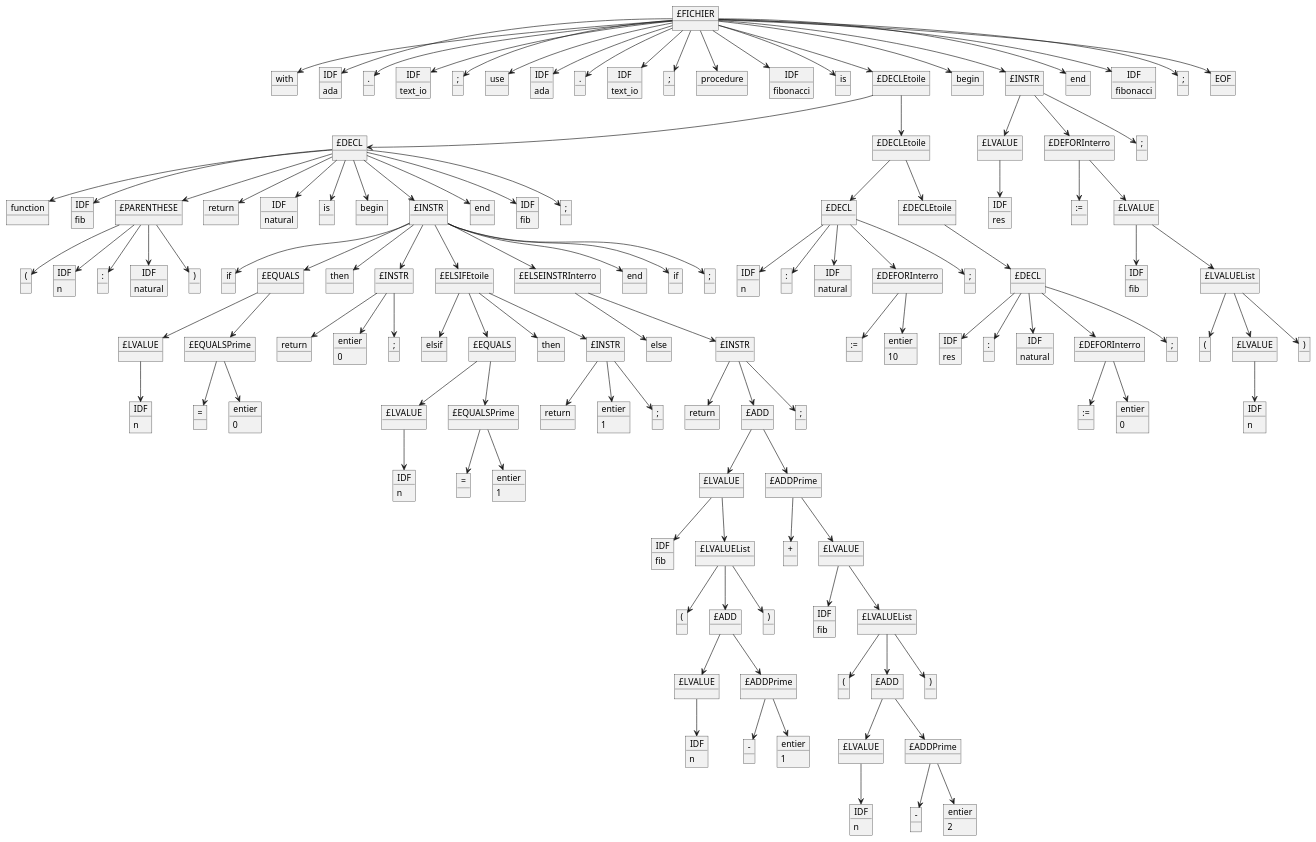
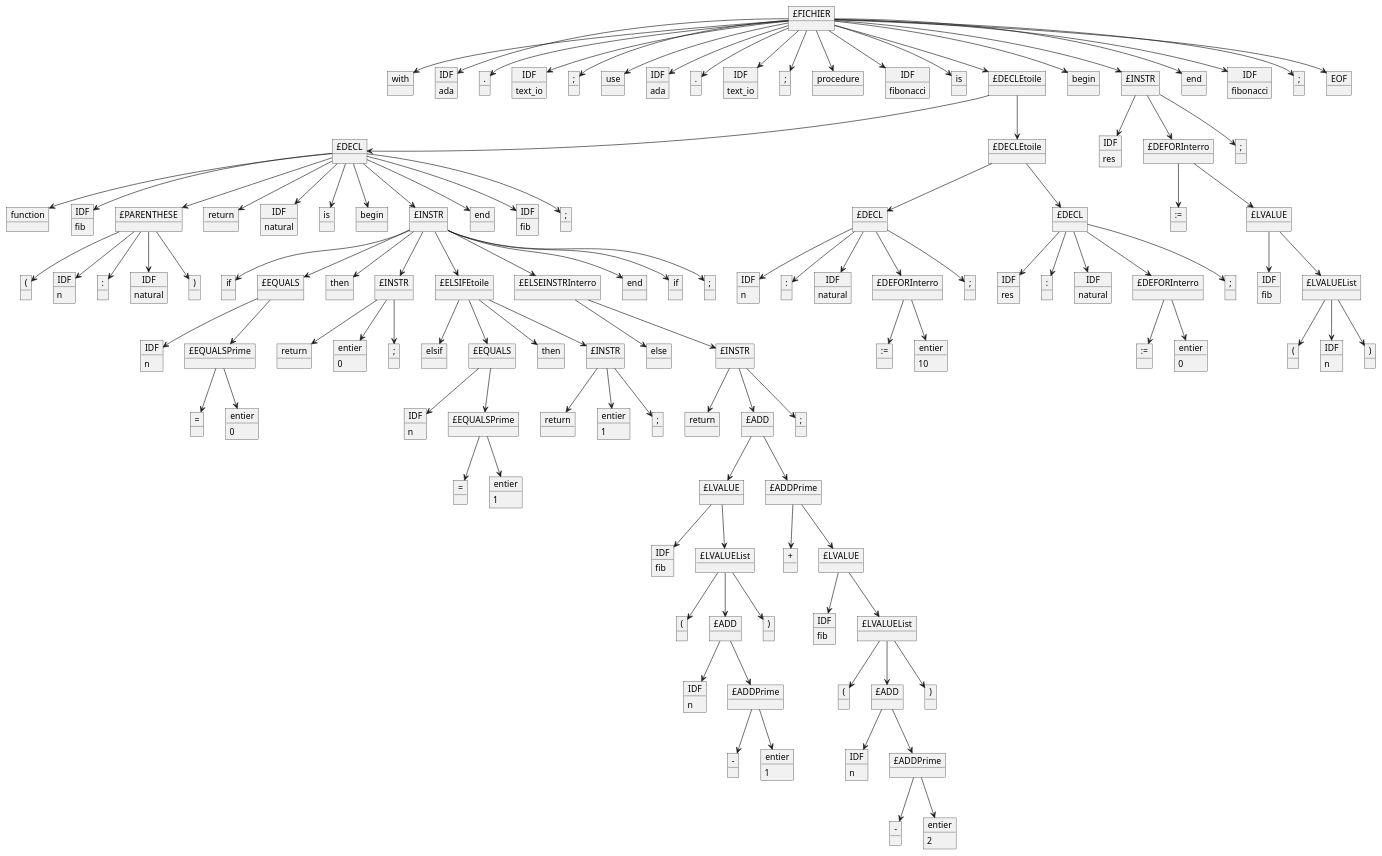
The diagram in Programmes/Fonctionne/fibonaccii.adb.puml (LeBoufty/pcl), drawn with PlantUML before and after one commit. The commit also changed 1 other file, not shown here.

```diff
--- a/Programmes/Fonctionne/fibonaccii.adb.puml
+++ b/Programmes/Fonctionne/fibonaccii.adb.puml
@@ -28,7 +28,8 @@
 object "EOF" as 21
 object "£DECL" as 22
 object "£DECLEtoile" as 23
-object "£LVALUE" as 24
+object "IDF" as 24
+24 : res
 object "£DEFORInterro" as 25
 object ";" as 26
 object "function" as 27
@@ -46,117 +47,109 @@
 36 : fib
 object ";" as 37
 object "£DECL" as 38
-object "£DECLEtoile" as 39
-object "IDF" as 40
-40 : res
-object ":=" as 41
-object "£LVALUE" as 42
-object "(" as 43
-object "IDF" as 44
-44 : n
-object ":" as 45
-object "IDF" as 46
-46 : natural
-object ")" as 47
-object "if" as 48
-object "£EQUALS" as 49
-object "then" as 50
-object "£INSTR" as 51
-object "£ELSIFEtoile" as 52
-object "£ELSEINSTRInterro" as 53
-object "end" as 54
-object "if" as 55
-object ";" as 56
-object "IDF" as 57
-57 : n
-object ":" as 58
-object "IDF" as 59
-59 : natural
-object "£DEFORInterro" as 60
-object ";" as 61
-object "£DECL" as 62
+object "£DECL" as 39
+object ":=" as 40
+object "£LVALUE" as 41
+object "(" as 42
+object "IDF" as 43
+43 : n
+object ":" as 44
+object "IDF" as 45
+45 : natural
+object ")" as 46
+object "if" as 47
+object "£EQUALS" as 48
+object "then" as 49
+object "£INSTR" as 50
+object "£ELSIFEtoile" as 51
+object "£ELSEINSTRInterro" as 52
+object "end" as 53
+object "if" as 54
+object ";" as 55
+object "IDF" as 56
+56 : n
+object ":" as 57
+object "IDF" as 58
+58 : natural
+object "£DEFORInterro" as 59
+object ";" as 60
+object "IDF" as 61
+61 : res
+object ":" as 62
 object "IDF" as 63
-63 : fib
-object "£LVALUEList" as 64
-object "£LVALUE" as 65
-object "£EQUALSPrime" as 66
-object "return" as 67
-object "entier" as 68
-68 : 0
-object ";" as 69
-object "elsif" as 70
-object "£EQUALS" as 71
-object "then" as 72
-object "£INSTR" as 73
-object "else" as 74
-object "£INSTR" as 75
-object ":=" as 76
-object "entier" as 77
-77 : 10
-object "IDF" as 78
-78 : res
-object ":" as 79
-object "IDF" as 80
-80 : natural
-object "£DEFORInterro" as 81
-object ";" as 82
+63 : natural
+object "£DEFORInterro" as 64
+object ";" as 65
+object "IDF" as 66
+66 : fib
+object "£LVALUEList" as 67
+object "IDF" as 68
+68 : n
+object "£EQUALSPrime" as 69
+object "return" as 70
+object "entier" as 71
+71 : 0
+object ";" as 72
+object "elsif" as 73
+object "£EQUALS" as 74
+object "then" as 75
+object "£INSTR" as 76
+object "else" as 77
+object "£INSTR" as 78
+object ":=" as 79
+object "entier" as 80
+80 : 10
+object ":=" as 81
+object "entier" as 82
+82 : 0
 object "(" as 83
-object "£LVALUE" as 84
+object "IDF" as 84
+84 : n
 object ")" as 85
-object "IDF" as 86
-86 : n
-object "=" as 87
-object "entier" as 88
-88 : 0
-object "£LVALUE" as 89
-object "£EQUALSPrime" as 90
-object "return" as 91
-object "entier" as 92
-92 : 1
-object ";" as 93
-object "return" as 94
-object "£ADD" as 95
-object ";" as 96
-object ":=" as 97
-object "entier" as 98
-98 : 0
-object "IDF" as 99
-99 : n
+object "=" as 86
+object "entier" as 87
+87 : 0
+object "IDF" as 88
+88 : n
+object "£EQUALSPrime" as 89
+object "return" as 90
+object "entier" as 91
+91 : 1
+object ";" as 92
+object "return" as 93
+object "£ADD" as 94
+object ";" as 95
+object "=" as 96
+object "entier" as 97
+97 : 1
+object "£LVALUE" as 98
+object "£ADDPrime" as 99
 object "IDF" as 100
-100 : n
-object "=" as 101
-object "entier" as 102
-102 : 1
+100 : fib
+object "£LVALUEList" as 101
+object "+" as 102
 object "£LVALUE" as 103
-object "£ADDPrime" as 104
-object "IDF" as 105
-105 : fib
-object "£LVALUEList" as 106
-object "+" as 107
-object "£LVALUE" as 108
-object "(" as 109
-object "£ADD" as 110
-object ")" as 111
-object "IDF" as 112
-112 : fib
-object "£LVALUEList" as 113
-object "£LVALUE" as 114
-object "£ADDPrime" as 115
-object "(" as 116
-object "£ADD" as 117
-object ")" as 118
-object "IDF" as 119
-119 : n
-object "-" as 120
-object "entier" as 121
-121 : 1
-object "£LVALUE" as 122
-object "£ADDPrime" as 123
-object "IDF" as 124
-124 : n
-object "-" as 125
-object "entier" as 126
-126 : 2
+object "(" as 104
+object "£ADD" as 105
+object ")" as 106
+object "IDF" as 107
+107 : fib
+object "£LVALUEList" as 108
+object "IDF" as 109
+109 : n
+object "£ADDPrime" as 110
+object "(" as 111
+object "£ADD" as 112
+object ")" as 113
+object "-" as 114
+object "entier" as 115
+115 : 1
+object "IDF" as 116
+116 : n
+object "£ADDPrime" as 117
+object "-" as 118
+object "entier" as 119
+119 : 2
 1 -down-> 2
 1 -down-> 3
 1 -down-> 4
@@ -195,14 +188,14 @@
 22 -down-> 37
 23 -down-> 38
 23 -down-> 39
-24 -down-> 40
+25 -down-> 40
 25 -down-> 41
-25 -down-> 42
+29 -down-> 42
 29 -down-> 43
 29 -down-> 44
 29 -down-> 45
 29 -down-> 46
-29 -down-> 47
+34 -down-> 47
 34 -down-> 48
 34 -down-> 49
 34 -down-> 50
@@ -211,75 +204,68 @@
 34 -down-> 53
 34 -down-> 54
 34 -down-> 55
-34 -down-> 56
+38 -down-> 56
 38 -down-> 57
 38 -down-> 58
 38 -down-> 59
 38 -down-> 60
-38 -down-> 61
+39 -down-> 61
 39 -down-> 62
-42 -down-> 63
-42 -down-> 64
-49 -down-> 65
-49 -down-> 66
-51 -down-> 67
-51 -down-> 68
-51 -down-> 69
-52 -down-> 70
-52 -down-> 71
-52 -down-> 72
-52 -down-> 73
-53 -down-> 74
-53 -down-> 75
-60 -down-> 76
-60 -down-> 77
-62 -down-> 78
-62 -down-> 79
-62 -down-> 80
-62 -down-> 81
-62 -down-> 82
-64 -down-> 83
-64 -down-> 84
-64 -down-> 85
-65 -down-> 86
-66 -down-> 87
-66 -down-> 88
-71 -down-> 89
-71 -down-> 90
-73 -down-> 91
-73 -down-> 92
-73 -down-> 93
-75 -down-> 94
-75 -down-> 95
-75 -down-> 96
-81 -down-> 97
-81 -down-> 98
-84 -down-> 99
-89 -down-> 100
-90 -down-> 101
-90 -down-> 102
-95 -down-> 103
-95 -down-> 104
-103 -down-> 105
-103 -down-> 106
-104 -down-> 107
-104 -down-> 108
-106 -down-> 109
-106 -down-> 110
-106 -down-> 111
+39 -down-> 63
+39 -down-> 64
+39 -down-> 65
+41 -down-> 66
+41 -down-> 67
+48 -down-> 68
+48 -down-> 69
+50 -down-> 70
+50 -down-> 71
+50 -down-> 72
+51 -down-> 73
+51 -down-> 74
+51 -down-> 75
+51 -down-> 76
+52 -down-> 77
+52 -down-> 78
+59 -down-> 79
+59 -down-> 80
+64 -down-> 81
+64 -down-> 82
+67 -down-> 83
+67 -down-> 84
+67 -down-> 85
+69 -down-> 86
+69 -down-> 87
+74 -down-> 88
+74 -down-> 89
+76 -down-> 90
+76 -down-> 91
+76 -down-> 92
+78 -down-> 93
+78 -down-> 94
+78 -down-> 95
+89 -down-> 96
+89 -down-> 97
+94 -down-> 98
+94 -down-> 99
+98 -down-> 100
+98 -down-> 101
+99 -down-> 102
+99 -down-> 103
+101 -down-> 104
+101 -down-> 105
+101 -down-> 106
+103 -down-> 107
+103 -down-> 108
+105 -down-> 109
+105 -down-> 110
+108 -down-> 111
 108 -down-> 112
 108 -down-> 113
 110 -down-> 114
 110 -down-> 115
-113 -down-> 116
-113 -down-> 117
-113 -down-> 118
-114 -down-> 119
-115 -down-> 120
-115 -down-> 121
-117 -down-> 122
-117 -down-> 123
-122 -down-> 124
-123 -down-> 125
-123 -down-> 126
+112 -down-> 116
+112 -down-> 117
+117 -down-> 118
+117 -down-> 119
 @enduml
```
